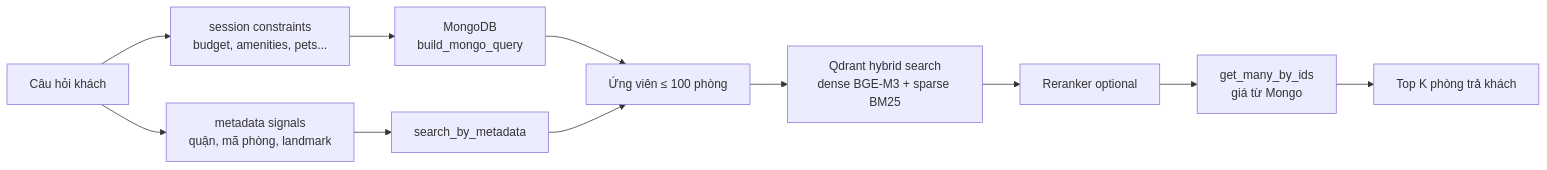
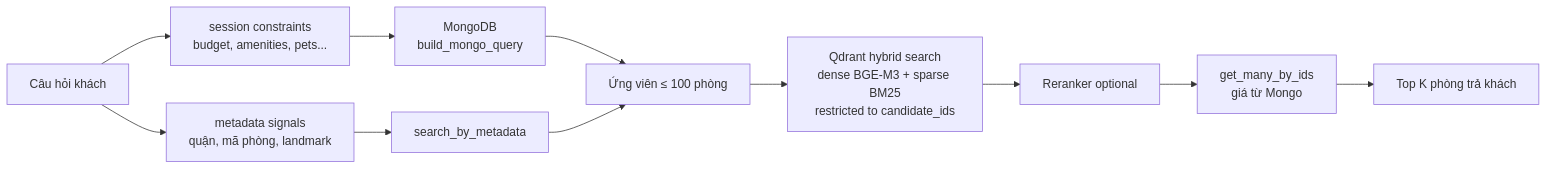
Before and after one commit to QuangVoAI/demo_rag: the third of 4 diagrams in README.md, drawn with Mermaid. The commit also changed other lines of this file and 3 other files, not shown here.

````diff
--- a/README.md
+++ b/README.md
@@ -166,16 +166,16 @@
 ```mermaid
 flowchart LR
     Q[Câu hỏi khách] --> Signals[metadata signals<br/>quận, mã phòng, landmark]
     Q --> Constraints[session constraints<br/>budget, amenities, pets...]
 
     Constraints --> MongoFilter[MongoDB<br/>build_mongo_query]
     MongoFilter --> Candidates[Ứng viên ≤ 100 phòng]
 
     Signals --> MetaSearch[search_by_metadata]
     MetaSearch --> Candidates
 
-    Candidates --> QdrantRank[Qdrant hybrid search<br/>dense BGE-M3 + sparse BM25]
+    Candidates --> QdrantRank[Qdrant hybrid search<br/>dense BGE-M3 + sparse BM25<br/>restricted to candidate_ids]
     QdrantRank --> Rerank[Reranker optional]
     Rerank --> Authoritative[get_many_by_ids<br/>giá từ Mongo]
     Authoritative --> TopK[Top K phòng trả khách]
 ```
````
